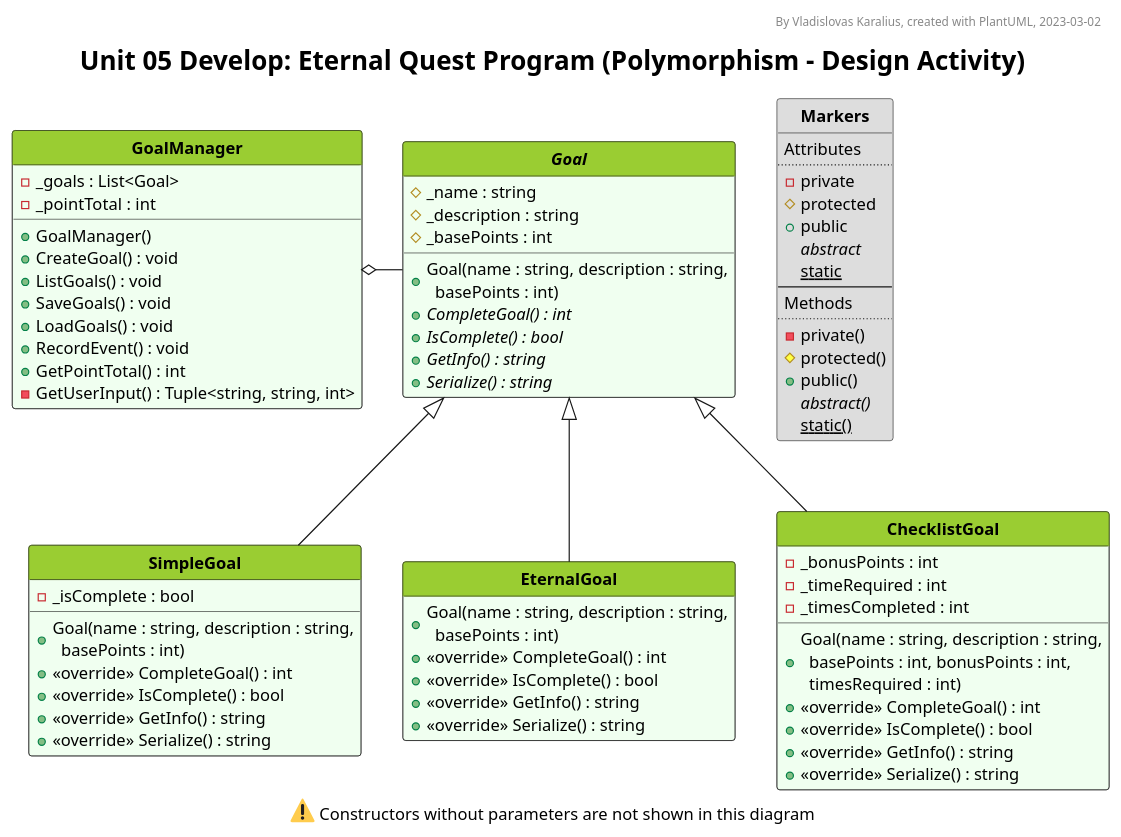
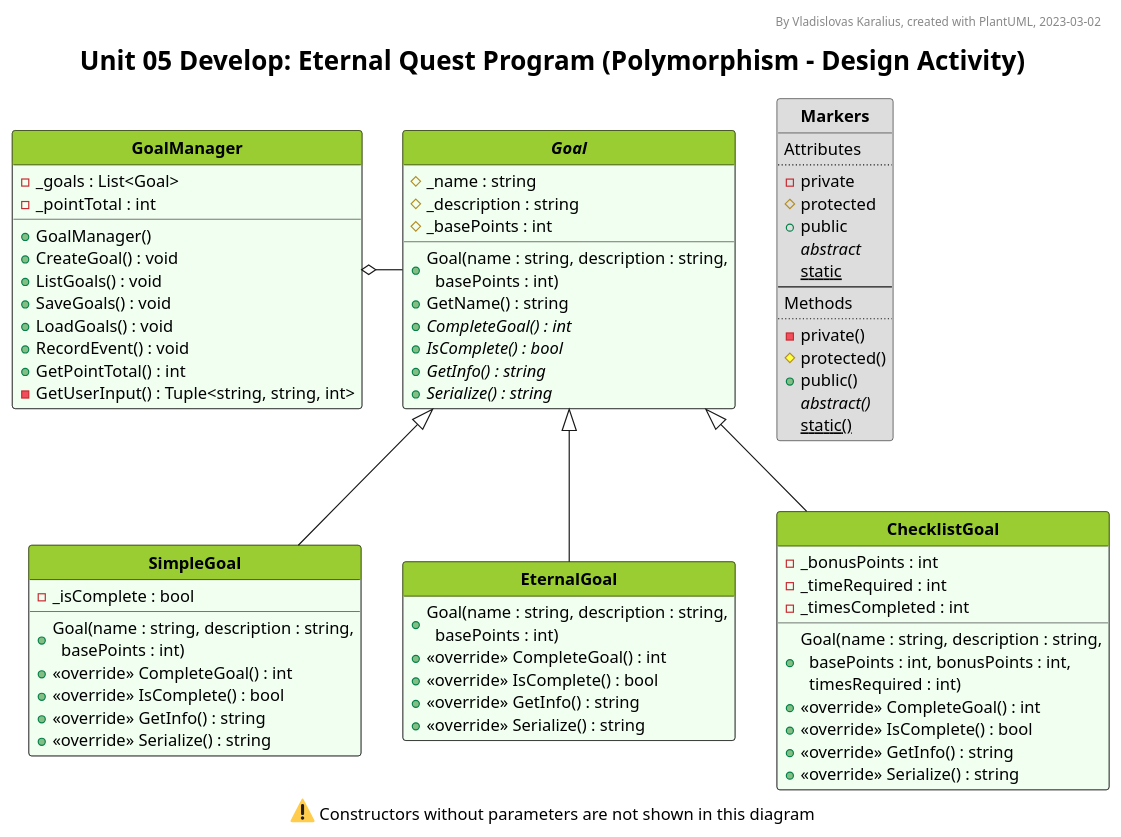
The diagram in prove/Develop05/UML_diagram.pu (VladKaralius/cse210-projects), drawn with PlantUML before and after one commit. The commit also changed 6 other files, not shown here.

```diff
--- a/prove/Develop05/UML_diagram.pu
+++ b/prove/Develop05/UML_diagram.pu
@@ -88,6 +88,7 @@
   # _description : string
   # _basePoints : int
   + Goal(name : string, description : string,\n  basePoints : int)
+  + GetName() : string
   + {abstract} CompleteGoal() : int
   + {abstract} IsComplete() : bool
   + {abstract} GetInfo() : string
```
